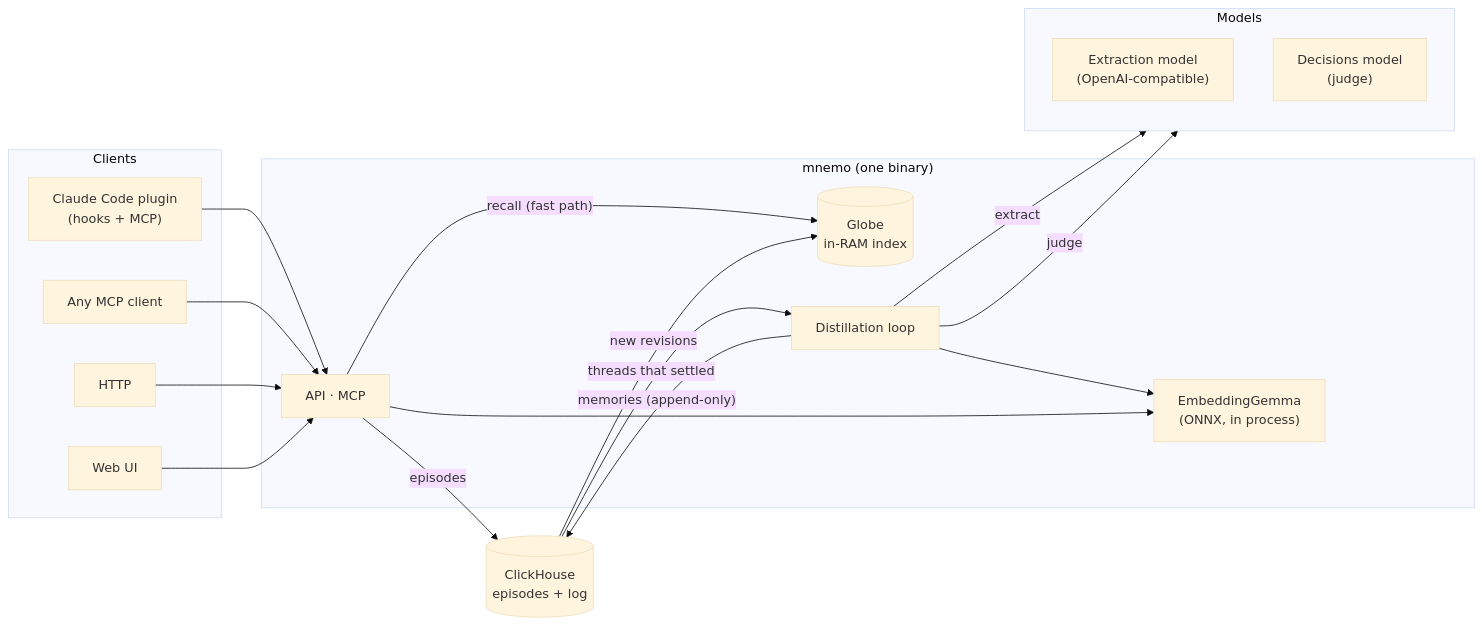
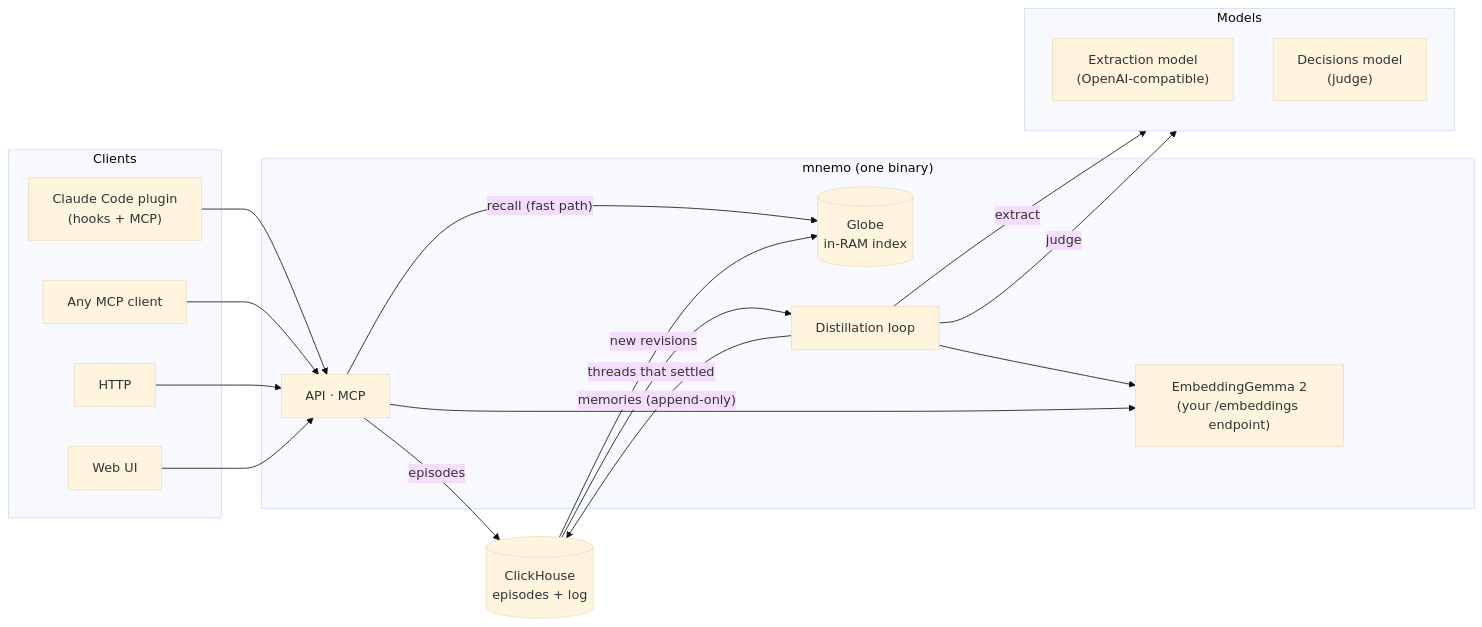
The diagram in docs/README.md (mariojcr/mnemo), drawn with Mermaid (base theme) before and after one commit. The commit also changed other lines of this file and 14 other files, not shown here.

First line of the commit message:
refactor: EmbeddingGemma 2 from an embeddings endpoint, no ONNX Runtime in the image (#9)

````diff
--- a/docs/README.md
+++ b/docs/README.md
@@ -12,34 +12,34 @@
 ```mermaid
 flowchart LR
     subgraph Clients
         CC["Claude Code plugin<br/>(hooks + MCP)"]
         MCP["Any MCP client"]
         HTTP["HTTP"]
         UI["Web UI"]
     end
 
     subgraph mnemo["mnemo (one binary)"]
         API["API · MCP"]
         GLOBE[("Globe<br/>in-RAM index")]
         DIST["Distillation loop"]
-        EMB["EmbeddingGemma<br/>(ONNX, in process)"]
+        EMB["EmbeddingGemma 2<br/>(your /embeddings endpoint)"]
     end
 
     CH[("ClickHouse<br/>episodes + log")]
     subgraph models["Models"]
         direction TB
         LLM["Extraction model<br/>(OpenAI-compatible)"]
         DEC["Decisions model<br/>(judge)"]
     end
 
     CC & MCP & HTTP & UI --> API
     API -- "recall (fast path)" --> GLOBE
     API -- "episodes" --> CH
     CH -- "threads that settled" --> DIST
     DIST -- extract --> LLM
     DIST -- judge --> DEC
     DIST --> EMB
     API --> EMB
     DIST -- "memories (append-only)" --> CH
     CH -- "new revisions" --> GLOBE
 ```
````
